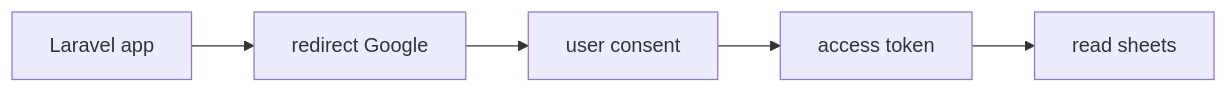
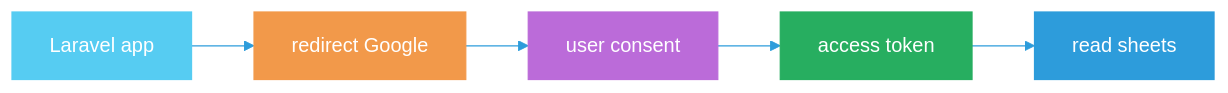
One commit to 444Nazky/My-Vault changed diagram 13 of 13 in Graphs/Dev-Tasks-Diagrams.md. Above: the diagram before and after it, drawn with Mermaid. The commit also changed other lines of this file and 15 other files, not shown here.

````diff
--- a/Graphs/Dev-Tasks-Diagrams.md
+++ b/Graphs/Dev-Tasks-Diagrams.md
@@ -148,7 +220,13 @@
 ```mermaid
+%%{init: {'theme': 'default', 'themeVariables': { 'primaryColor': '#2D9CDB', 'lineColor': '#2D9CDB'}}}%%
 flowchart LR
  APP3["Laravel app"] --> REDIR["redirect Google"]
  REDIR --> CONSENT["user consent"]
  CONSENT --> TOKEN["access token"]
  TOKEN --> SHEETS2["read sheets"]
+ style APP3 fill:#56CCF2,stroke:#56CCF2,color:#fff
+ style REDIR fill:#F2994A,stroke:#F2994A,color:#fff
+ style CONSENT fill:#BB6BD9,stroke:#BB6BD9,color:#fff
+ style TOKEN fill:#27AE60,stroke:#27AE60,color:#fff
+ style SHEETS2 fill:#2D9CDB,stroke:#2D9CDB,color:#fff
 ```
````
